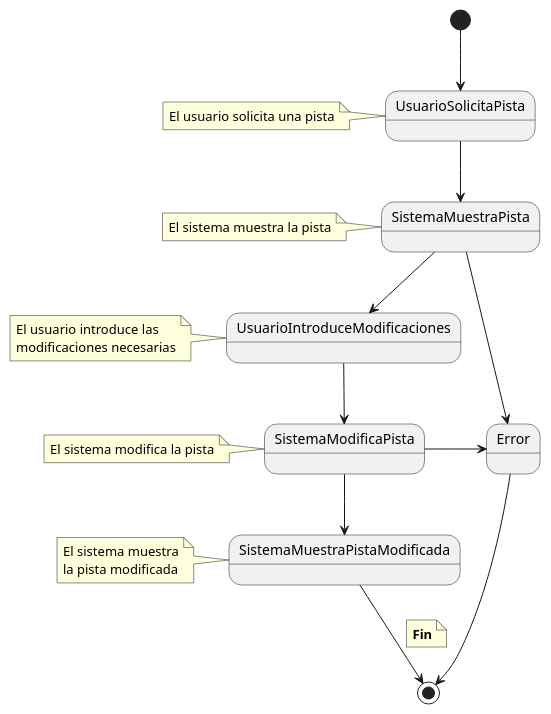
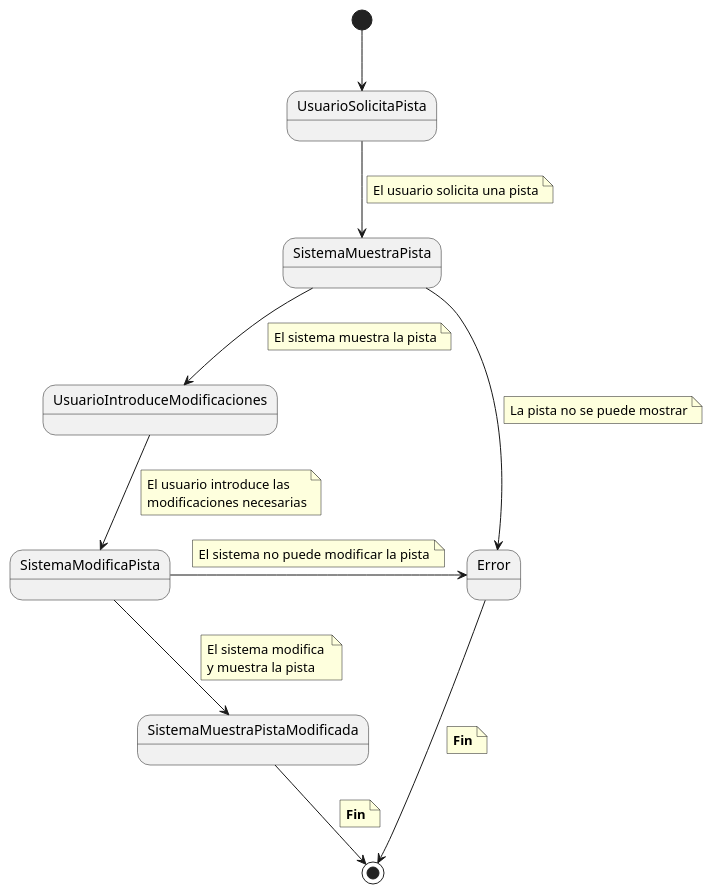
The diagram in CasosDeUso/CduDetallados/CduPistas/ActualizarPista.puml (pablarce/23-24-IdSw1-SDR), drawn with PlantUML before and after one commit. The commit also changed 11 other files, not shown here.

Commit message:
chore: Update use case diagrams for Pistas module

```diff
--- a/CasosDeUso/CduDetallados/CduPistas/ActualizarPista.puml
+++ b/CasosDeUso/CduDetallados/CduPistas/ActualizarPista.puml
@@ -1,32 +1,38 @@
 @startuml 
 [*] --> UsuarioSolicitaPista
 UsuarioSolicitaPista -d-> SistemaMuestraPista
-note left of UsuarioSolicitaPista
+note on link
     El usuario solicita una pista
 end note
 SistemaMuestraPista -d-> UsuarioIntroduceModificaciones
-note left of SistemaMuestraPista
+note on link
     El sistema muestra la pista
 end note
 SistemaMuestraPista -d-> Error
+note on link
+    La pista no se puede mostrar
+end note
 UsuarioIntroduceModificaciones -d-> SistemaModificaPista
-note left of UsuarioIntroduceModificaciones
+note on link
     El usuario introduce las 
     modificaciones necesarias
 end note
 SistemaModificaPista -d-> SistemaMuestraPistaModificada
-note left of SistemaModificaPista
-    El sistema modifica la pista
+note on link
+    El sistema modifica 
+    y muestra la pista
 end note
 SistemaModificaPista -r-> Error
-note left of SistemaMuestraPistaModificada
-    El sistema muestra
-    la pista modificada
+note on link
+    El sistema no puede modificar la pista
 end note
 Error -d-> [*]
+note on link
+    **Fin**
+end note
 SistemaMuestraPistaModificada -d-> [*]
 note on link
     **Fin**
 end note
 
 @enduml
```
